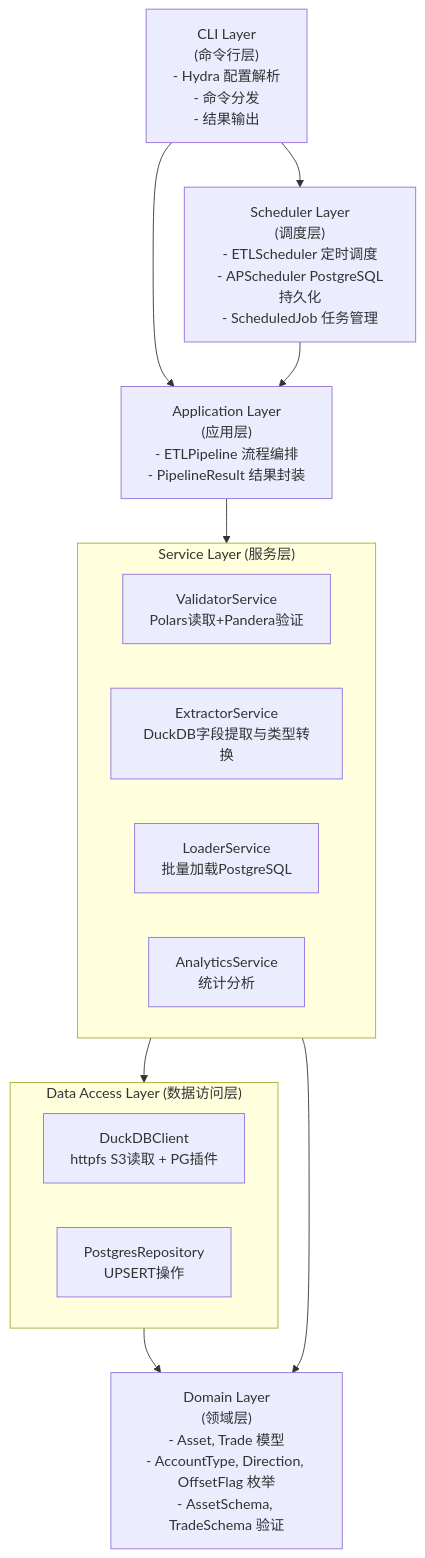
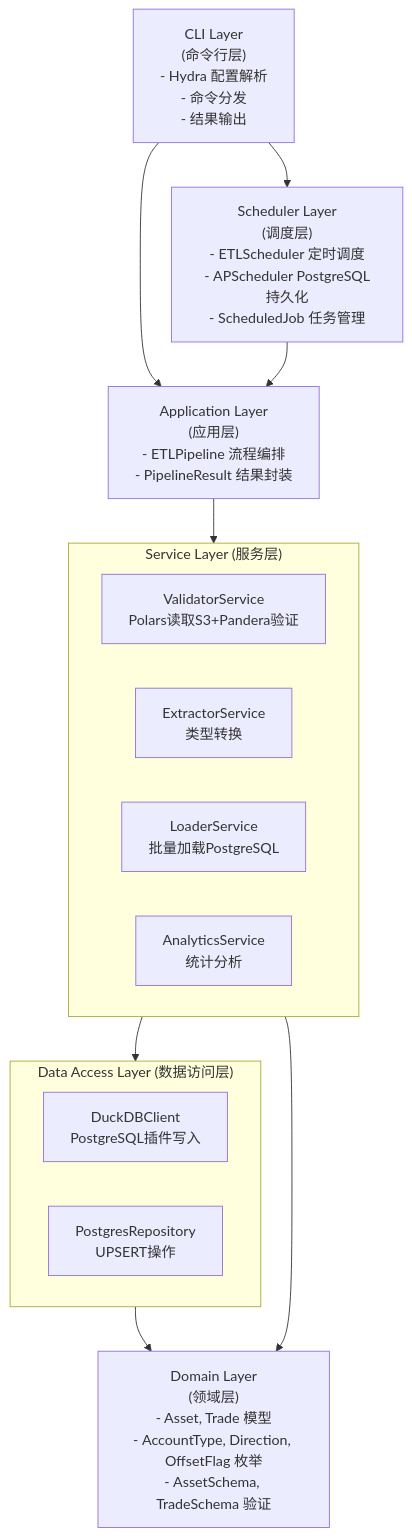
The second of 8 diagrams in doc/architecture.md (zhj0513/small_etl), drawn with Mermaid before and after one commit. The commit also changed other lines of this file and 3 other files, not shown here.

````diff
--- a/doc/architecture.md
+++ b/doc/architecture.md
@@ -45,51 +45,51 @@
 ```mermaid
 flowchart TB
     %% ======================
     %% CLI Layer
     %% ======================
     CLI["CLI Layer<br/>(命令行层)<br/>- Hydra 配置解析<br/>- 命令分发<br/>- 结果输出"]
 
     %% ======================
     %% Scheduler Layer
     %% ======================
     SCHEDULER["Scheduler Layer<br/>(调度层)<br/>- ETLScheduler 定时调度<br/>- APScheduler PostgreSQL持久化<br/>- ScheduledJob 任务管理"]
 
     %% ======================
     %% Application Layer
     %% ======================
     APP["Application Layer<br/>(应用层)<br/>- ETLPipeline 流程编排<br/>- PipelineResult 结果封装"]
 
     %% ======================
     %% Service Layer
     %% ======================
     subgraph SERVICE["Service Layer (服务层)"]
-        VA["ValidatorService<br/>Polars读取+Pandera验证"]
-        EX["ExtractorService<br/>DuckDB字段提取与类型转换"]
+        VA["ValidatorService<br/>Polars读取S3+Pandera验证"]
+        EX["ExtractorService<br/>类型转换"]
         LO["LoaderService<br/>批量加载PostgreSQL"]
         AN["AnalyticsService<br/>统计分析"]
     end
 
     %% ======================
     %% Data Access Layer
     %% ======================
     subgraph DAL["Data Access Layer (数据访问层)"]
-        DUCK["DuckDBClient<br/>httpfs S3读取 + PG插件"]
+        DUCK["DuckDBClient<br/>PostgreSQL插件写入"]
         PG["PostgresRepository<br/>UPSERT操作"]
     end
 
     %% ======================
     %% Domain Layer
     %% ======================
     DOMAIN["Domain Layer<br/>(领域层)<br/>- Asset, Trade 模型<br/>- AccountType, Direction, OffsetFlag 枚举<br/>- AssetSchema, TradeSchema 验证"]
 
     %% ======================
     %% Layer Connections
     %% ======================
     CLI --> SCHEDULER
     CLI --> APP
     SCHEDULER --> APP
     APP --> SERVICE
     SERVICE --> DAL
     DAL --> DOMAIN
     SERVICE --> DOMAIN
 ```
````
